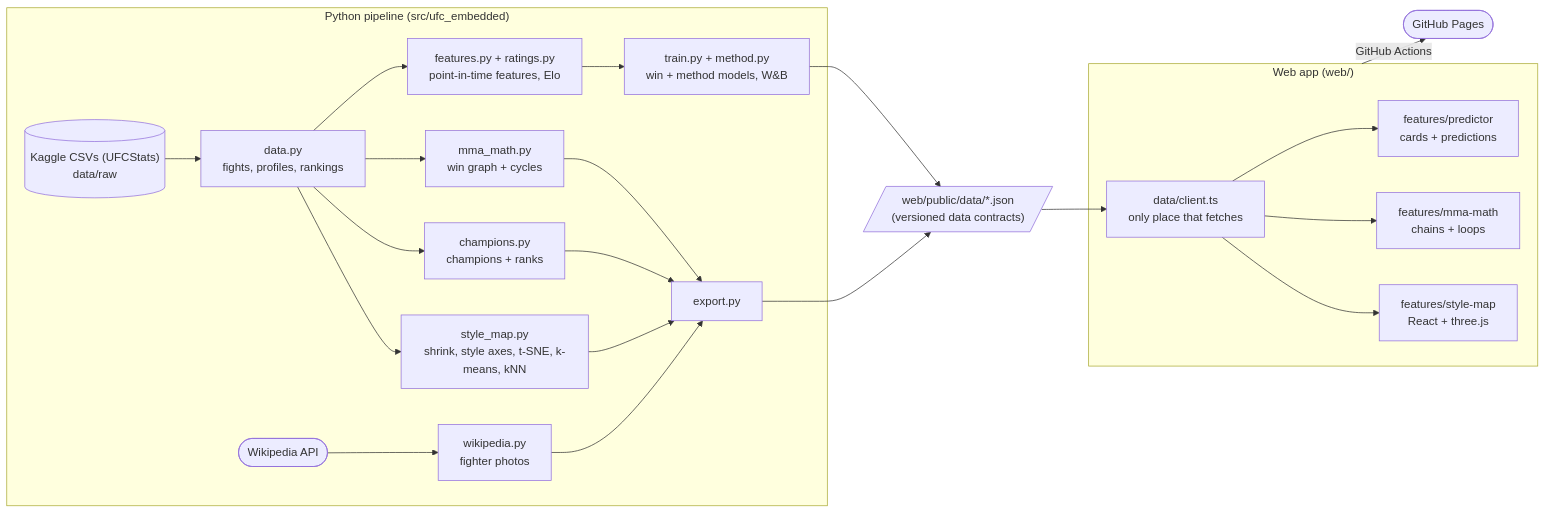
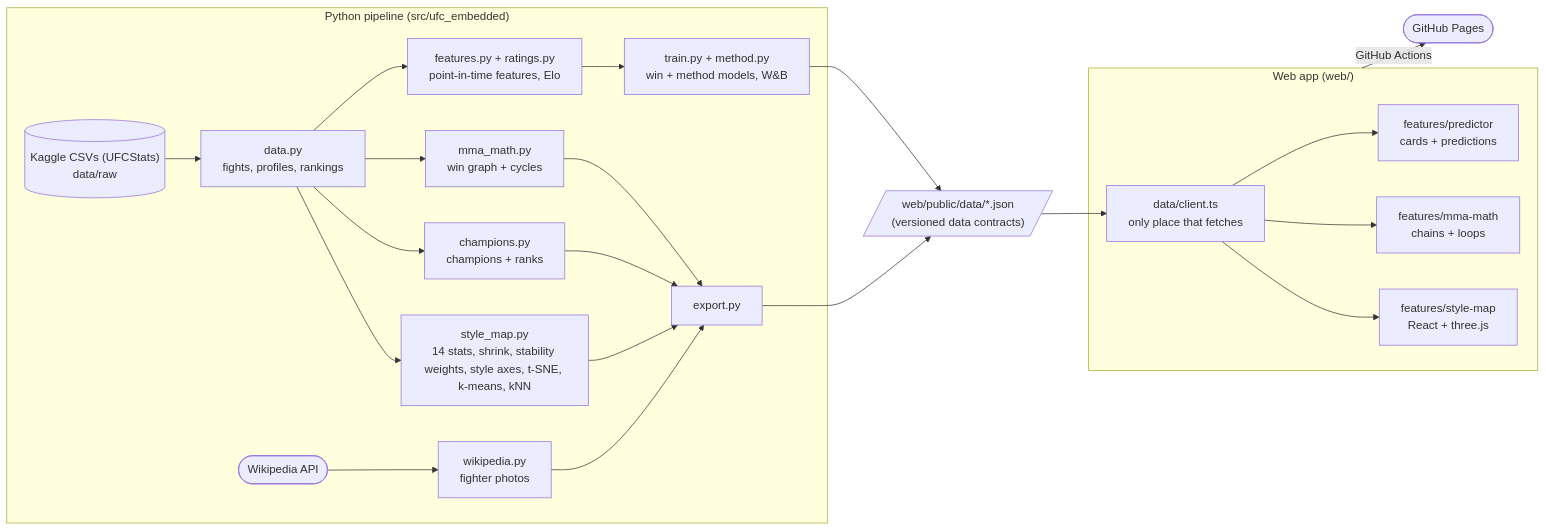
Before and after one commit to abbasly/ufc_embedded: the diagram in README.md, drawn with Mermaid. The commit also changed other lines of this file and 15 other files, not shown here.

````diff
--- a/README.md
+++ b/README.md
@@ -166,29 +184,29 @@
 ```mermaid
 flowchart LR
     subgraph py["Python pipeline (src/ufc_embedded)"]
         raw[("Kaggle CSVs (UFCStats)<br/>data/raw")] --> data["data.py<br/>fights, profiles, rankings"]
-        data --> sm["style_map.py<br/>shrink, style axes, t-SNE, k-means, kNN"]
+        data --> sm["style_map.py<br/>14 stats, shrink, stability weights, style axes, t-SNE, k-means, kNN"]
         data --> champs["champions.py<br/>champions + ranks"]
         wiki(["Wikipedia API"]) --> photos["wikipedia.py<br/>fighter photos"]
         data --> mma["mma_math.py<br/>win graph + cycles"]
         data --> pit["features.py + ratings.py<br/>point-in-time features, Elo"]
         pit --> train["train.py + method.py<br/>win + method models, W&B"]
         sm --> export["export.py"]
         champs --> export
         photos --> export
         mma --> export
     end
 
     train --> json
 
     export --> json[/"web/public/data/*.json<br/>(versioned data contracts)"/]
 
     subgraph web["Web app (web/)"]
         client["data/client.ts<br/>only place that fetches"] --> feat["features/style-map<br/>React + three.js"]
         client --> mmaui["features/mma-math<br/>chains + loops"]
         client --> predui["features/predictor<br/>cards + predictions"]
     end
 
     json --> client
     web -->|"GitHub Actions"| pages(["GitHub Pages"])
 ```
````
